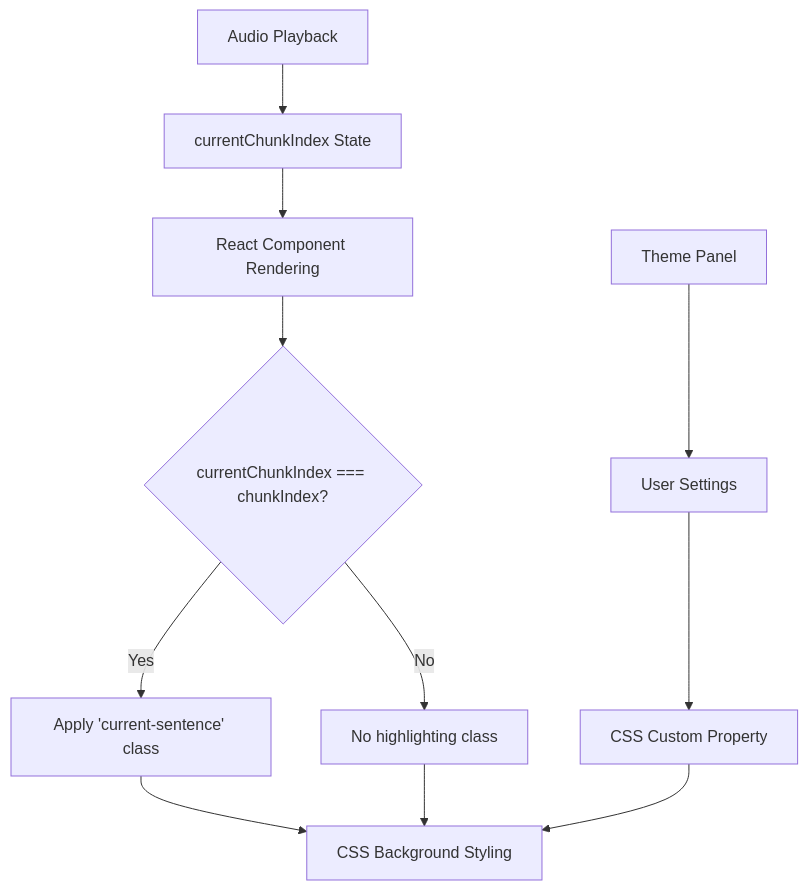
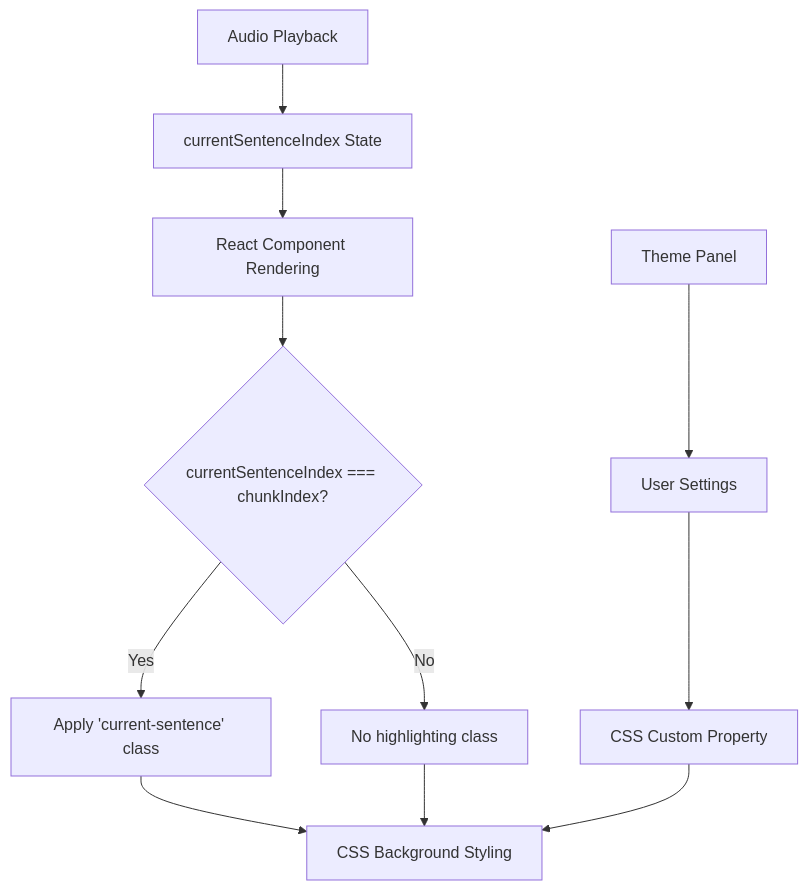
Before and after one commit to gileck/book-reader-app: the second of 3 diagrams in docs/highlighting-systems.md, drawn with Mermaid. The commit also changed other lines of this file and 6 other files, not shown here.

First line of the commit message:
docs: Update documentation to reflect architecture changes

````diff
--- a/docs/highlighting-systems.md
+++ b/docs/highlighting-systems.md
@@ -380,14 +380,14 @@
 ```mermaid
 graph TB
-    A[Audio Playback] --> B[currentChunkIndex State]
+    A[Audio Playback] --> B[currentSentenceIndex State]
     B --> C[React Component Rendering]
-    C --> D{currentChunkIndex === chunkIndex?}
+    C --> D{currentSentenceIndex === chunkIndex?}
     D -->|Yes| E[Apply 'current-sentence' class]
     D -->|No| F[No highlighting class]
     E --> G[CSS Background Styling]
     F --> G
     
     H[Theme Panel] --> I[User Settings]
     I --> J[CSS Custom Property]
     J --> G
 ```
````
